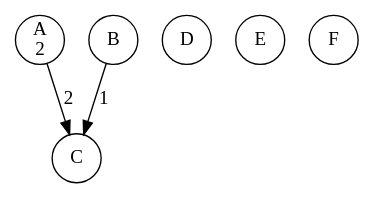
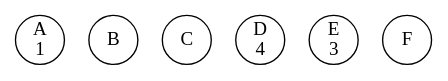
One commit to li23179/GO changed the diagram in concurrency-lab-2/bank/out/0000000002.gv. Above: the diagram before and after it, drawn with Graphviz. The commit also changed 25 other files, not shown here.

```diff
--- a/concurrency-lab-2/bank/out/0000000002.gv
+++ b/concurrency-lab-2/bank/out/0000000002.gv
@@ -1,10 +1,8 @@
 digraph bank {
-	 0 [label= "A\n2" , pos= "1,0!" , shape=circle, fixedsize=true, width=0.5 ]
+	 0 [label= "A\n1" , pos= "1,0!" , shape=circle, fixedsize=true, width=0.5 ]
 	 1 [label= "B\n" , pos= "0,1!" , shape=circle, fixedsize=true, width=0.5 ]
 	 2 [label= "C\n" , pos= "1,2!" , shape=circle, fixedsize=true, width=0.5 ]
-	 3 [label= "D\n" , pos= "2,2!" , shape=circle, fixedsize=true, width=0.5 ]
-	 4 [label= "E\n" , pos= "3,1!" , shape=circle, fixedsize=true, width=0.5 ]
+	 3 [label= "D\n4" , pos= "2,2!" , shape=circle, fixedsize=true, width=0.5 ]
+	 4 [label= "E\n3" , pos= "3,1!" , shape=circle, fixedsize=true, width=0.5 ]
 	 5 [label= "F\n" , pos= "2,0!" , shape=circle, fixedsize=true, width=0.5 ]
-	 "0" -> "2" [label= "2" ]
-	 "1" -> "2" [label= "1" ]
 }
```
